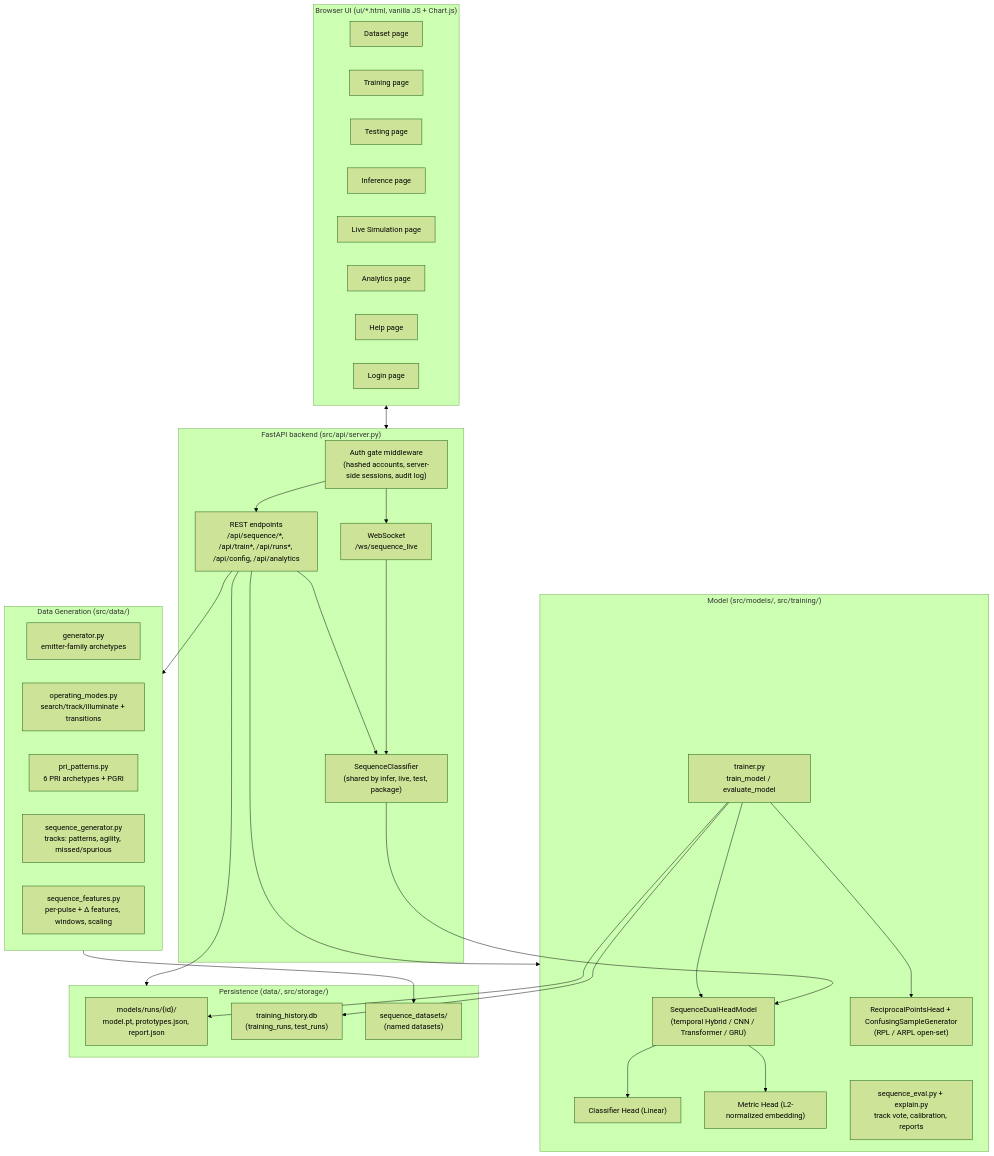
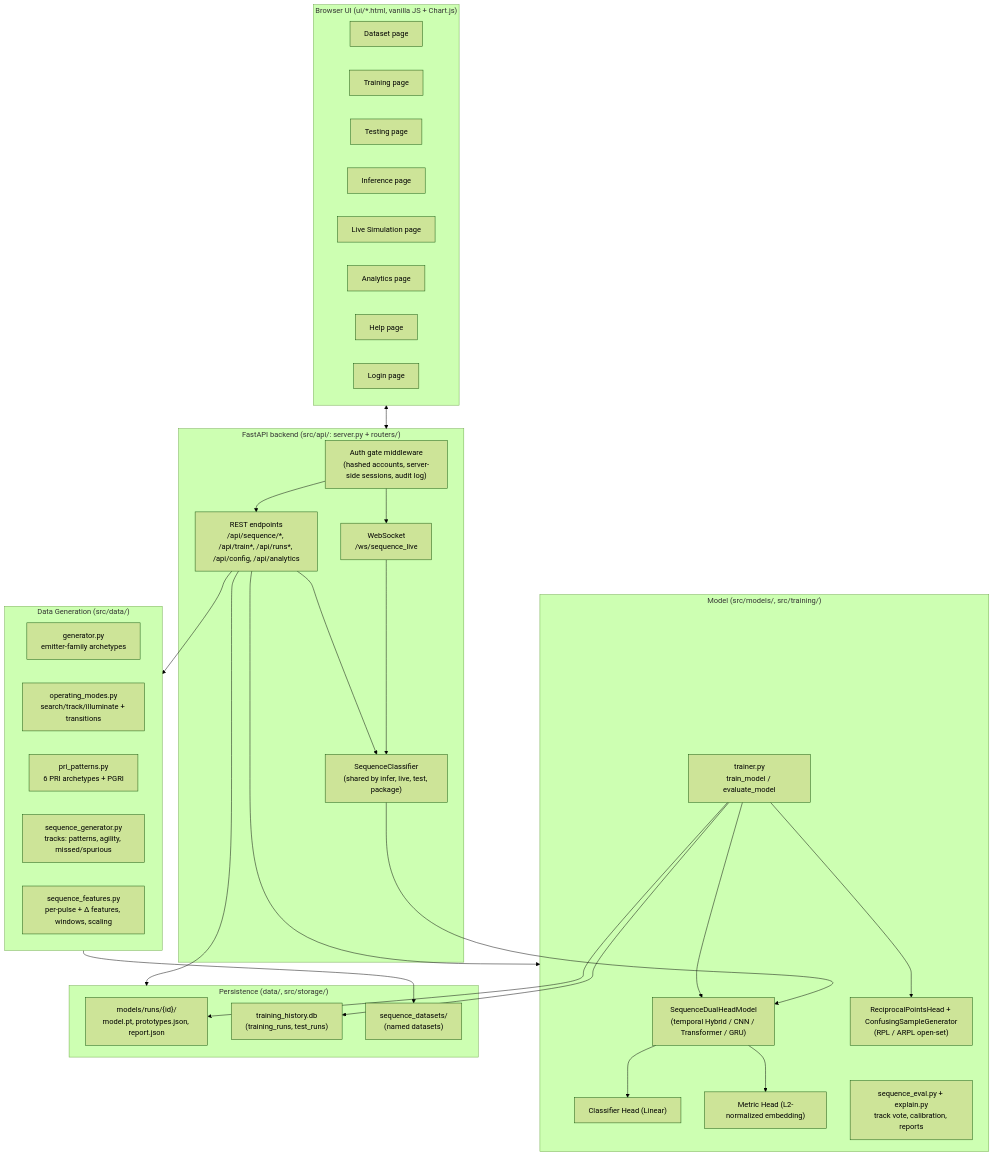
One commit to sarare1/dads-user changed the first of 3 diagrams in docs/ARCHITECTURE.md. Above: the diagram before and after it, drawn with Mermaid (forest theme). The commit also changed other lines of this file and 21 other files, not shown here.

````diff
--- a/docs/ARCHITECTURE.md
+++ b/docs/ARCHITECTURE.md
@@ -22,60 +22,60 @@
 ```mermaid
 flowchart TB
     subgraph Browser["Browser UI (ui/*.html, vanilla JS + Chart.js)"]
         Dataset["Dataset page"]
         Training["Training page"]
         Testing["Testing page"]
         Inference["Inference page"]
         Live["Live Simulation page"]
         Analytics["Analytics page"]
         Help["Help page"]
         Login["Login page"]
     end
 
-    subgraph API["FastAPI backend (src/api/server.py)"]
+    subgraph API["FastAPI backend (src/api/: server.py + routers/)"]
         Auth["Auth gate middleware\n(hashed accounts, server-side sessions, audit log)"]
         REST["REST endpoints\n/api/sequence/*, /api/train*, /api/runs*, /api/config, /api/analytics"]
         WS["WebSocket\n/ws/sequence_live"]
         Classifier["SequenceClassifier\n(shared by infer, live, test, package)"]
     end
 
     subgraph DataLayer["Data Generation (src/data/)"]
         Generator["generator.py\nemitter-family archetypes"]
         Modes["operating_modes.py\nsearch/track/illuminate + transitions"]
         PRI["pri_patterns.py\n6 PRI archetypes + PGRI"]
         SeqGen["sequence_generator.py\ntracks: patterns, agility, missed/spurious"]
         SeqFeat["sequence_features.py\nper-pulse + Δ features, windows, scaling"]
     end
 
     subgraph ModelLayer["Model (src/models/, src/training/)"]
         Encoder["SequenceDualHeadModel\n(temporal Hybrid / CNN / Transformer / GRU)"]
         ClsHead["Classifier Head (Linear)"]
         MetricHead["Metric Head (L2-normalized embedding)"]
         RPL["ReciprocalPointsHead + ConfusingSampleGenerator\n(RPL / ARPL open-set)"]
         Trainer["trainer.py\ntrain_model / evaluate_model"]
         Eval["sequence_eval.py + explain.py\ntrack vote, calibration, reports"]
     end
 
     subgraph Storage["Persistence (data/, src/storage/)"]
         Runs["models/runs/{id}/\nmodel.pt, prototypes.json, report.json"]
         SQLite["training_history.db\n(training_runs, test_runs)"]
         CSVs["sequence_datasets/\n(named datasets)"]
     end
 
     Browser <--> API
     Auth --> REST
     Auth --> WS
     REST --> DataLayer
     REST --> ModelLayer
     REST --> Storage
     WS --> Classifier
     REST --> Classifier
     Classifier --> Encoder
     Encoder --> ClsHead
     Encoder --> MetricHead
     Trainer --> Encoder
     Trainer --> RPL
     Trainer --> Runs
     Trainer --> SQLite
     DataLayer --> CSVs
 ```
````
